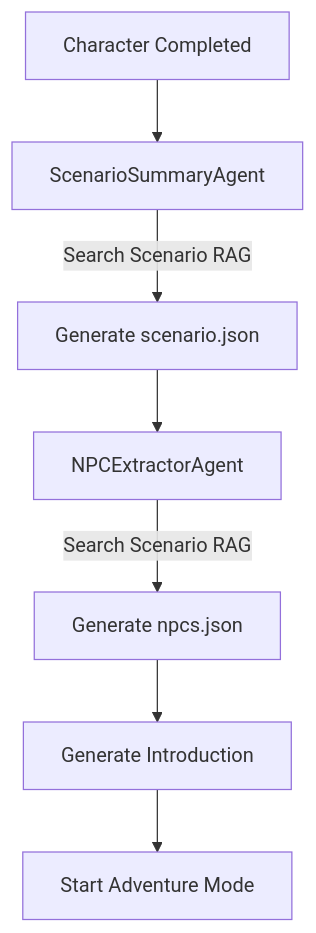
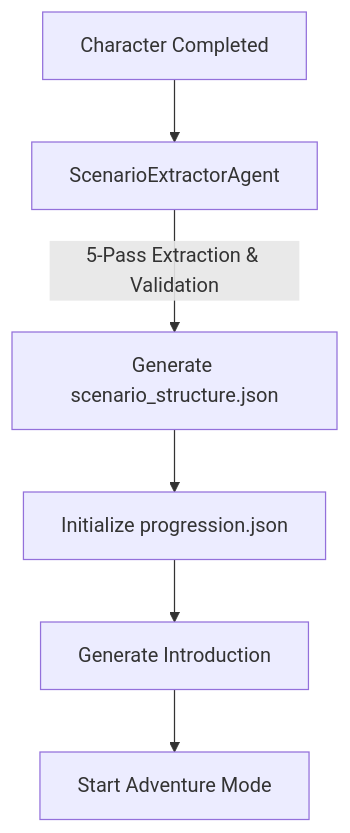
Before and after one commit to Papoulos/Oracle: the second of 3 diagrams in README.md, drawn with Mermaid. The commit also changed other lines of this file, not shown here.

First line of the commit message:
feat: adopt structured scenario schema and deterministic progression lookup

````diff
--- a/README.md
+++ b/README.md
@@ -71,9 +167,8 @@
 ```mermaid
 graph TD
-    A[Character Completed] --> B[ScenarioSummaryAgent]
-    B -->|Search Scenario RAG| C[Generate scenario.json]
-    C --> D[NPCExtractorAgent]
-    D -->|Search Scenario RAG| E[Generate npcs.json]
-    E --> F[Generate Introduction]
-    F --> G[Start Adventure Mode]
+    A[Character Completed] --> B[ScenarioExtractorAgent]
+    B -->|5-Pass Extraction & Validation| C[Generate scenario_structure.json]
+    C --> D[Initialize progression.json]
+    D --> E[Generate Introduction]
+    E --> F[Start Adventure Mode]
 ```
````
